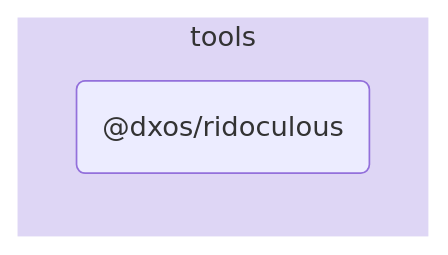
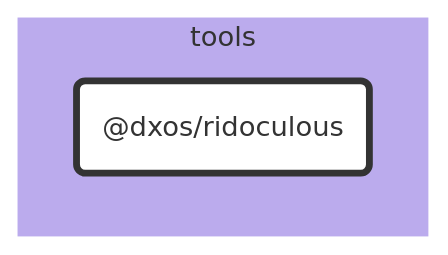
Before and after one commit to dxos/dxos: the diagram in tools/ridoculous/docs/README.md, drawn with Mermaid. The commit also changed other lines of this file and 89 other files, not shown here.

````diff
--- a/tools/ridoculous/docs/README.md
+++ b/tools/ridoculous/docs/README.md
@@ -5,9 +7,25 @@
 ```mermaid
-flowchart LR;
+%%{ init: {'flowchart':{'curve':'basis'}} }%%
 
+flowchart LR
+
+%% Links
+
+%% Sections
 subgraph tools
-  style tools fill:#ded6f5,stroke:#fff;
-  dxos/ridoculous("@dxos/ridoculous");
+  style tools fill:#bbabed,stroke:#fff;
+
+  dxos/ridoculous("@dxos/ridoculous")
 end
 
+
+%% Hyperlinks
+
+%% Styles
+classDef rootNode fill:#fff,stroke:#333,stroke-width:4px
+classDef defaultNode fill:#fff,stroke:#333,stroke-width:1px
+linkStyle default stroke:#333,stroke-width:1px
+
+dxos/ridoculous:::rootNode
+
 ```
````
